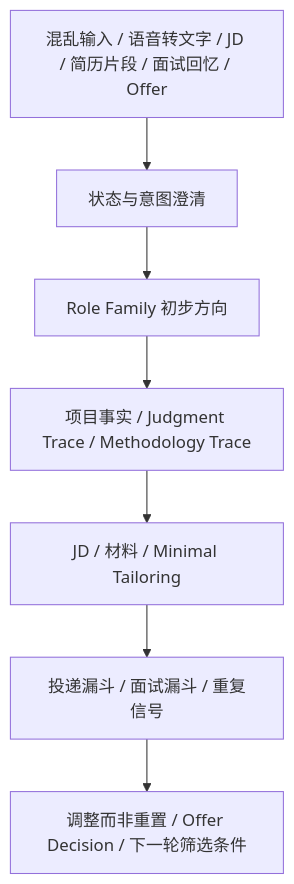
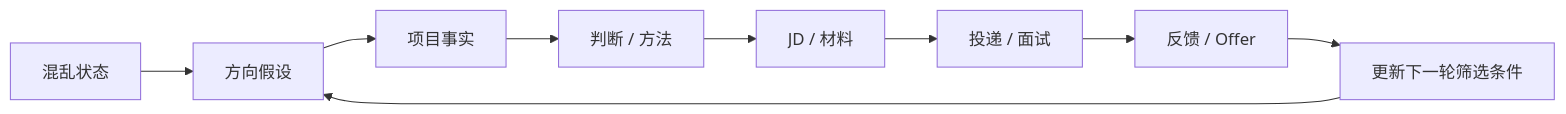
The diagram in README.md (Errno722/CCC-career-cognition-compass), drawn with Mermaid before and after one commit. The commit also changed other lines of this file and 6 other files, not shown here.

````diff
--- a/README.md
+++ b/README.md
@@ -120,9 +82,11 @@
 ```mermaid
-flowchart TD
-  A["混乱输入 / 语音转文字 / JD / 简历片段 / 面试回忆 / Offer"] --> B["状态与意图澄清"]
-  B --> C["Role Family 初步方向"]
-  C --> D["项目事实 / Judgment Trace / Methodology Trace"]
-  D --> E["JD / 材料 / Minimal Tailoring"]
-  E --> F["投递漏斗 / 面试漏斗 / 重复信号"]
-  F --> G["调整而非重置 / Offer Decision / 下一轮筛选条件"]
+flowchart LR
+  A["混乱状态"] --> B["方向假设"]
+  B --> C["项目事实"]
+  C --> D["判断 / 方法"]
+  D --> E["JD / 材料"]
+  E --> F["投递 / 面试"]
+  F --> G["反馈 / Offer"]
+  G --> H["更新下一轮筛选条件"]
+  H --> B
 ```
````
